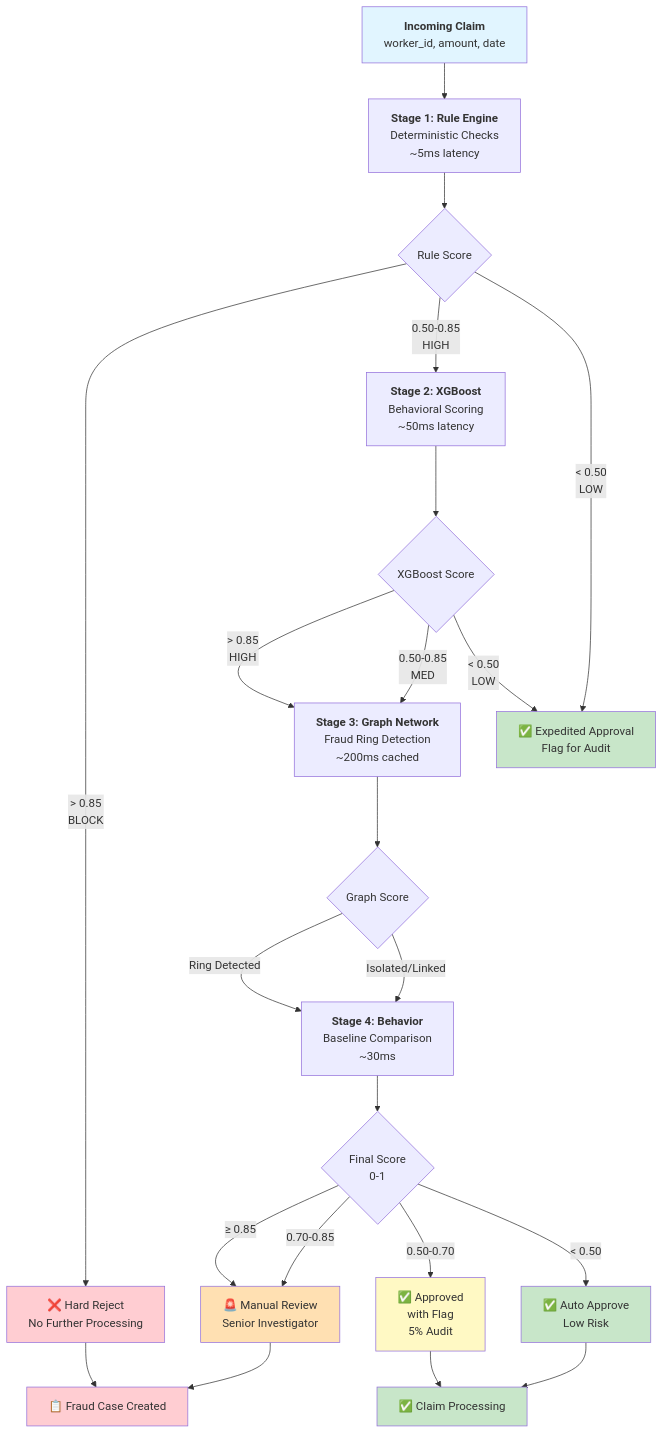
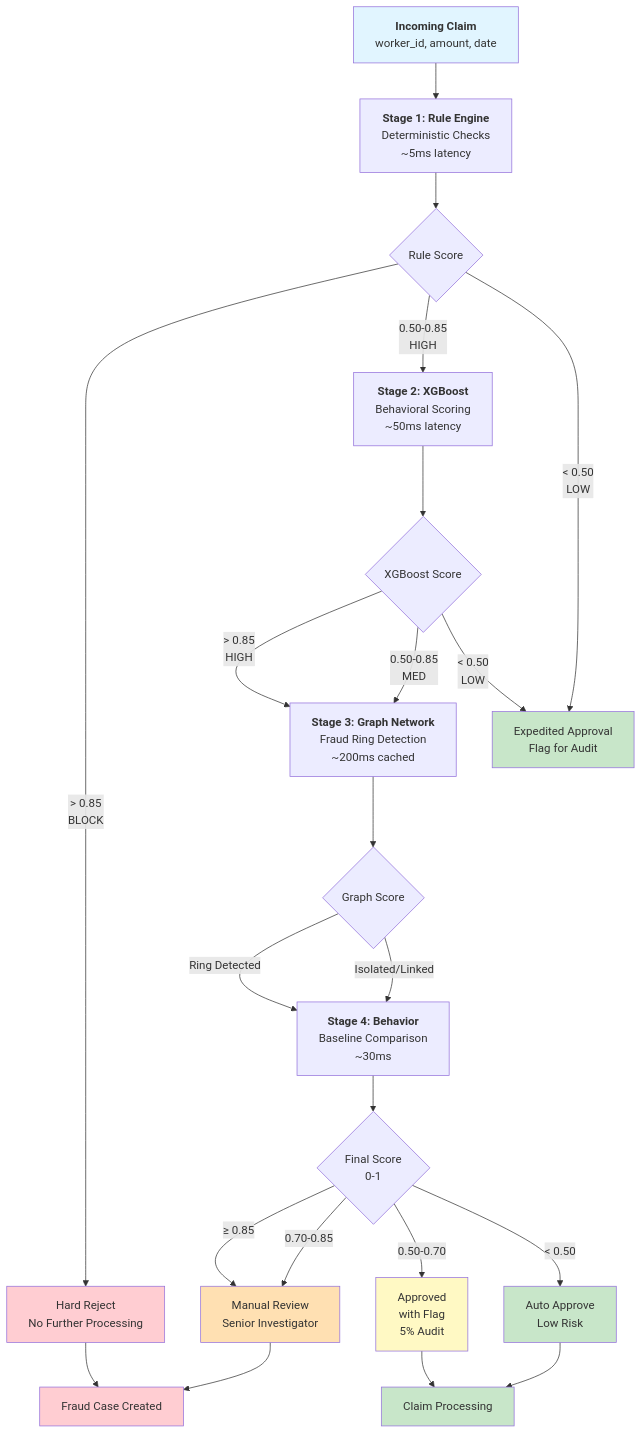
One commit to 32732Nikitha/Astra-Karma-Phase2-submission changed the diagram in README.md. Above: the diagram before and after it, drawn with Mermaid. The commit also changed other lines of this file, not shown here.

````diff
--- a/README.md
+++ b/README.md
@@ -1390,38 +1381,38 @@
 ```mermaid
 flowchart TD
     A["<b>Incoming Claim</b><br/>worker_id, amount, date"] --> B["<b>Stage 1: Rule Engine</b><br/>Deterministic Checks<br/>~5ms latency"]
     
     B --> C{Rule Score}
-    C -->|> 0.85<br/>BLOCK| D["❌ Hard Reject<br/>No Further Processing"]
+    C -->|> 0.85<br/>BLOCK| D["Hard Reject<br/>No Further Processing"]
     C -->|0.50-0.85<br/>HIGH| E["<b>Stage 2: XGBoost</b><br/>Behavioral Scoring<br/>~50ms latency"]
-    C -->|< 0.50<br/>LOW| F["✅ Expedited Approval<br/>Flag for Audit"]
+    C -->|< 0.50<br/>LOW| F["Expedited Approval<br/>Flag for Audit"]
     
     E --> G{XGBoost Score}
     G -->|> 0.85<br/>HIGH| H["<b>Stage 3: Graph Network</b><br/>Fraud Ring Detection<br/>~200ms cached"]
     G -->|0.50-0.85<br/>MED| H
     G -->|< 0.50<br/>LOW| F
     
     H --> I{Graph Score}
     I -->|Ring Detected| J["<b>Stage 4: Behavior</b><br/>Baseline Comparison<br/>~30ms"]
     I -->|Isolated/Linked| J
     
     J --> K{Final Score<br/>0-1}
-    K -->|≥ 0.85| L["🚨 Manual Review<br/>Senior Investigator"]
+    K -->|≥ 0.85| L["Manual Review<br/>Senior Investigator"]
     K -->|0.70-0.85| L
-    K -->|0.50-0.70| M["✅ Approved<br/>with Flag<br/>5% Audit"]
-    K -->|< 0.50| N["✅ Auto Approve<br/>Low Risk"]
+    K -->|0.50-0.70| M["Approved<br/>with Flag<br/>5% Audit"]
+    K -->|< 0.50| N["Auto Approve<br/>Low Risk"]
     
-    D --> O["📋 Fraud Case Created"]
+    D --> O["Fraud Case Created"]
     L --> O
-    M --> P["✅ Claim Processing"]
+    M --> P["Claim Processing"]
     N --> P
     
     style A fill:#e1f5ff
     style D fill:#ffcdd2
     style F fill:#c8e6c9
     style M fill:#fff9c4
     style N fill:#c8e6c9
     style L fill:#ffe0b2
     style O fill:#ffcdd2
     style P fill:#c8e6c9
 ```
````
